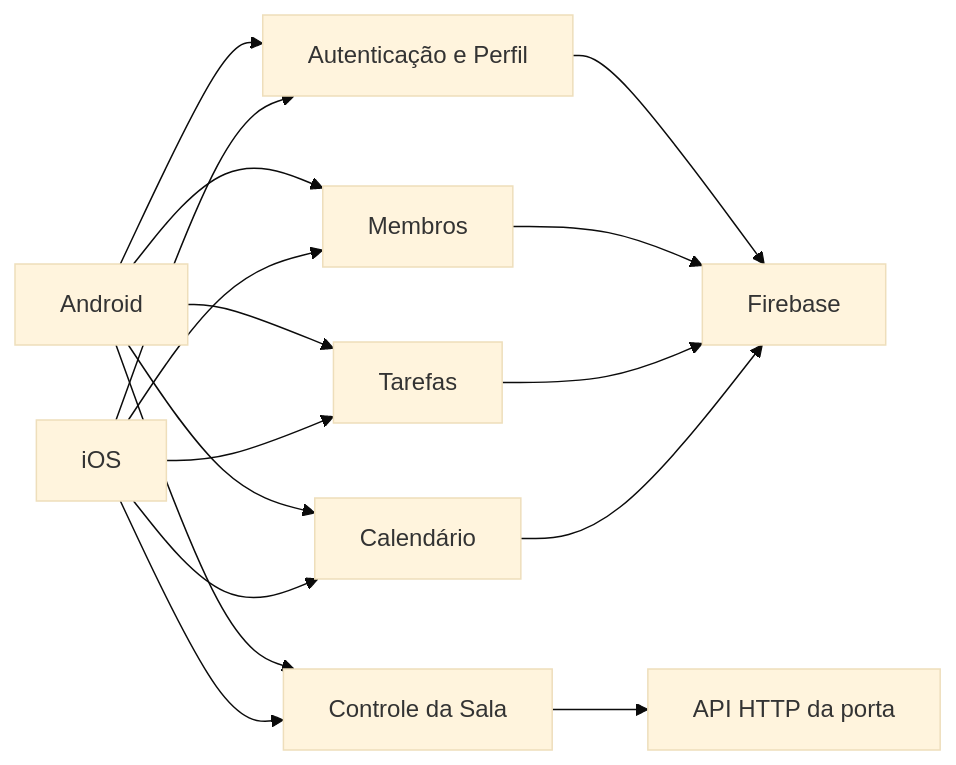
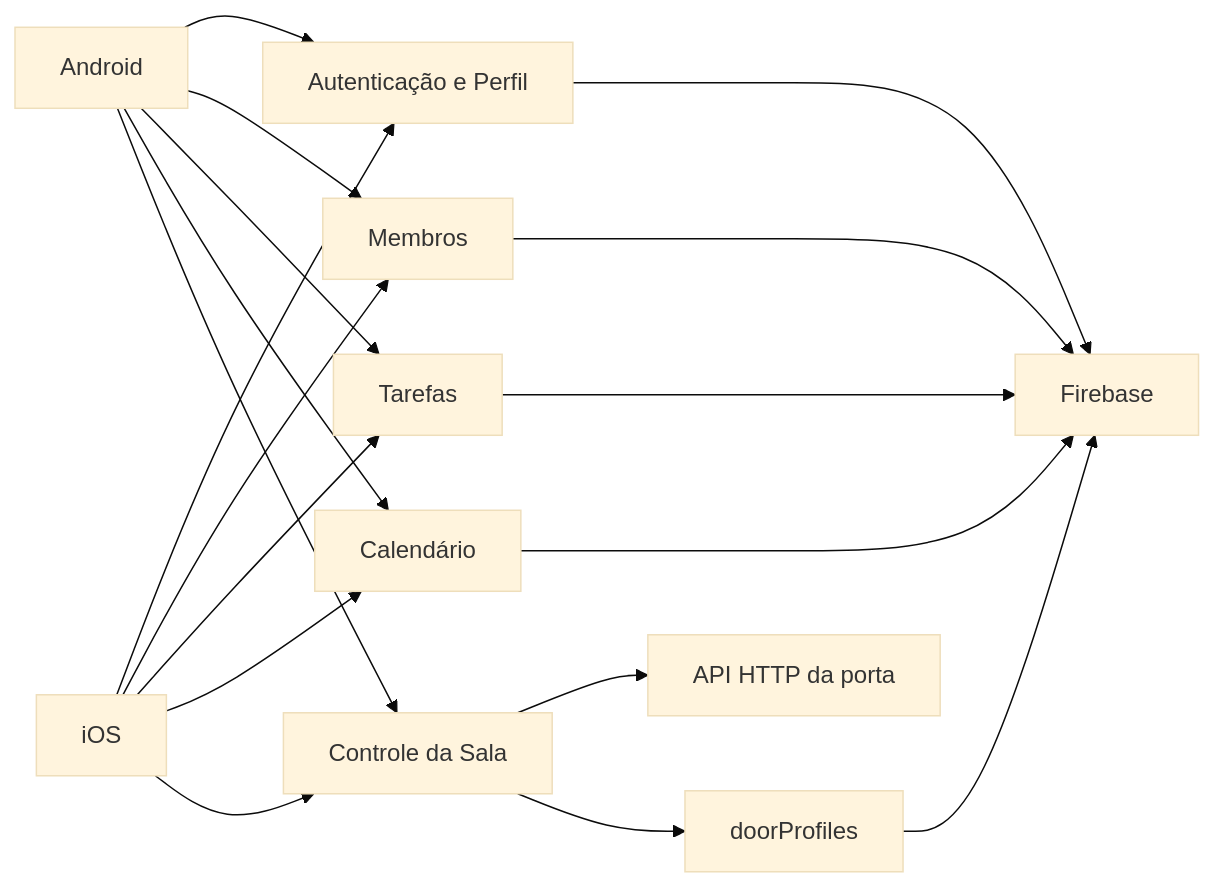
The diagram in docs/modulos/README.md (CSIEEEUFJF/AppRamo), drawn with Mermaid (base theme) before and after one commit. The commit also changed other lines of this file and 23 other files, not shown here.

Commit message:
feat: link door profiles with Firebase

````diff
--- a/docs/modulos/README.md
+++ b/docs/modulos/README.md
@@ -9,18 +9,20 @@
 ```mermaid
 flowchart LR
   Auth["Autenticação e Perfil"] --> Firebase["Firebase"]
   Members["Membros"] --> Firebase
   Tasks["Tarefas"] --> Firebase
   Calendar["Calendário"] --> Firebase
   Room["Controle da Sala"] --> Relay["API HTTP da porta"]
+  Room --> DoorProfiles["doorProfiles"]
+  DoorProfiles --> Firebase
   Android["Android"] --> Auth
   Android --> Members
   Android --> Tasks
   Android --> Calendar
   Android --> Room
   IOS["iOS"] --> Auth
   IOS --> Members
   IOS --> Tasks
   IOS --> Calendar
   IOS --> Room
 ```
````
